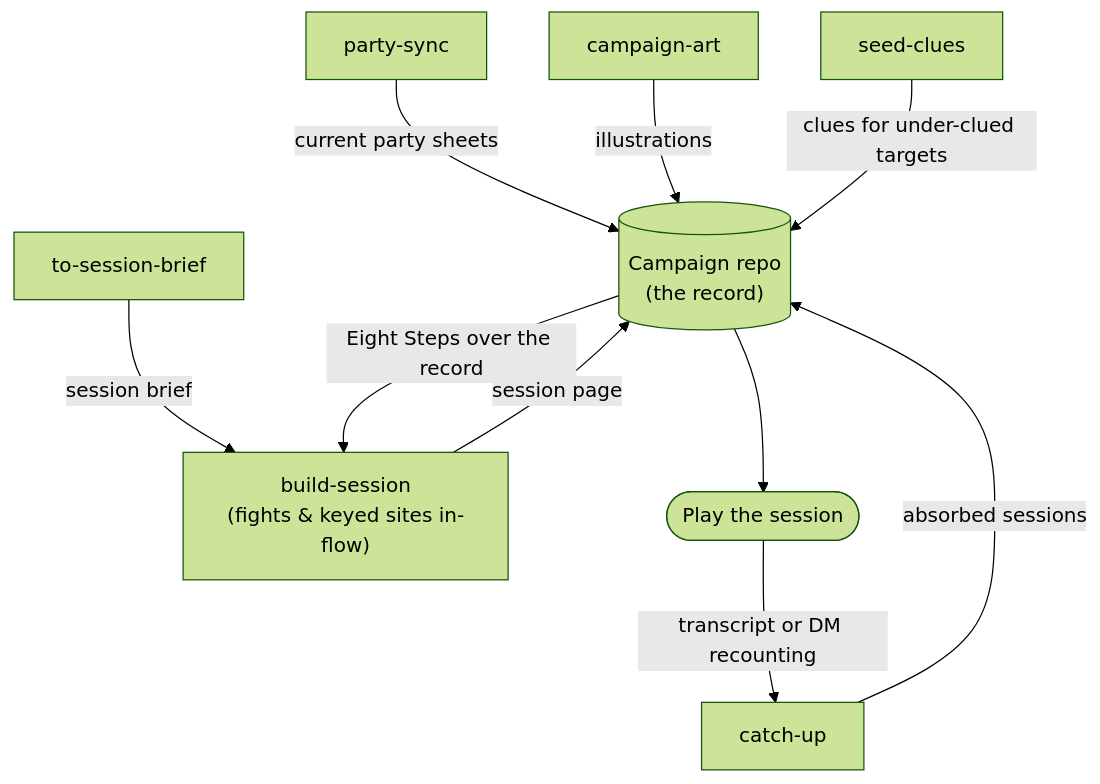
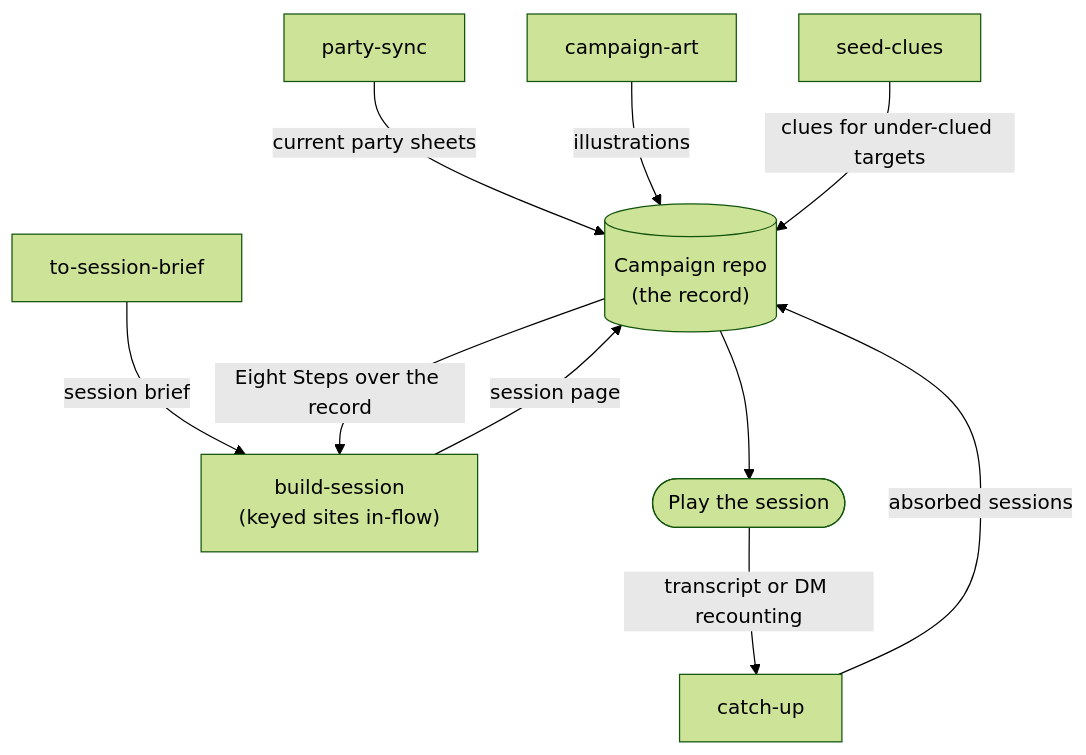
The diagram in README.md (bmoo/dm-skills), drawn with Mermaid (forest theme) before and after one commit. The commit also changed other lines of this file and 99 other files, not shown here.

````diff
--- a/README.md
+++ b/README.md
@@ -76,15 +77,15 @@
 ```mermaid
 flowchart TD
     repo[("Campaign repo<br/>(the record)")]
 
-    brief["to-session-brief"] -- "session brief" --> build["build-session<br/>(fights & keyed sites in-flow)"]
+    brief["to-session-brief"] -- "session brief" --> build["build-session<br/>(keyed sites in-flow)"]
     repo -- "Eight Steps over the record" --> build
     build -- "session page" --> repo
     repo --> play(["Play the session"])
     play -- "transcript or DM recounting" --> catchup["catch-up"]
     catchup -- "absorbed sessions" --> repo
 
     partysync["party-sync"] -- "current party sheets" --> repo
     art["campaign-art"] -- "illustrations" --> repo
     seed["seed-clues"] -- "clues for under-clued targets" --> repo
 ```
````
